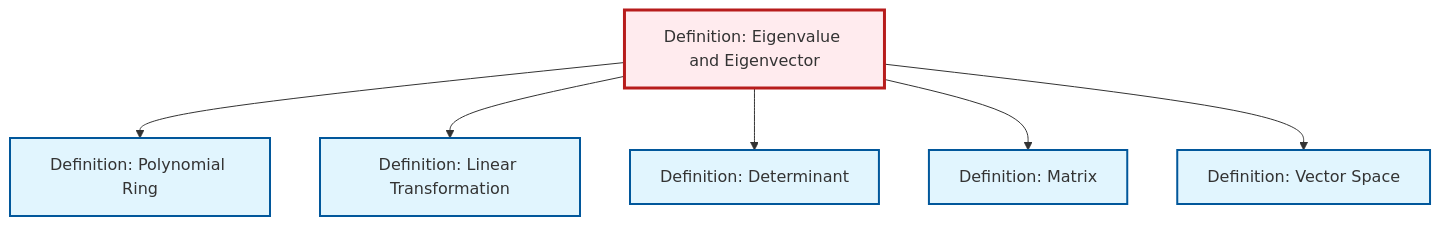
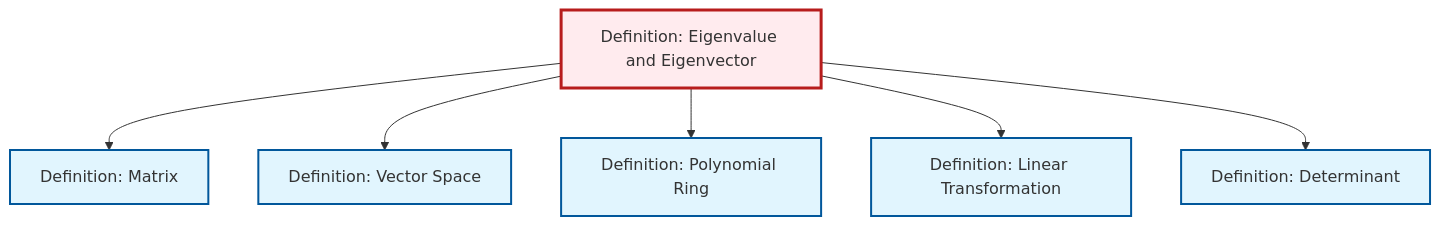
One commit to RK0429/ModernMath changed the diagram in content/ja/algebra/def-eigenvalue-eigenvector.qmd. Above: the diagram before and after it, drawn with Mermaid. The commit also changed other lines of this file and 17 other files, not shown here.

First line of the commit message:
feat: Add Hilbert space definition with comprehensive cross-references

````diff
--- a/content/ja/algebra/def-eigenvalue-eigenvector.qmd
+++ b/content/ja/algebra/def-eigenvalue-eigenvector.qmd
@@ -77,26 +77,26 @@
 ```{mermaid}
 %%| fig-cap: "Local dependency graph"
 graph TD
     classDef definition fill:#e1f5fe,stroke:#01579b,stroke-width:2px
     classDef theorem fill:#f3e5f5,stroke:#4a148c,stroke-width:2px
     classDef axiom fill:#fff3e0,stroke:#e65100,stroke-width:2px
     classDef example fill:#e8f5e9,stroke:#1b5e20,stroke-width:2px
     classDef current fill:#ffebee,stroke:#b71c1c,stroke-width:3px
     def-vector-space["Definition: Vector Space"]:::definition
-    def-linear-transformation["Definition: Linear Transformation"]:::definition
-    def-polynomial-ring["Definition: Polynomial Ring"]:::definition
     def-matrix["Definition: Matrix"]:::definition
     def-determinant["Definition: Determinant"]:::definition
     def-eigenvalue-eigenvector["Definition: Eigenvalue and Eigenvector"]:::definition
+    def-polynomial-ring["Definition: Polynomial Ring"]:::definition
+    def-linear-transformation["Definition: Linear Transformation"]:::definition
+    def-eigenvalue-eigenvector --> def-matrix
+    def-eigenvalue-eigenvector --> def-vector-space
     def-eigenvalue-eigenvector --> def-polynomial-ring
     def-eigenvalue-eigenvector --> def-linear-transformation
     def-eigenvalue-eigenvector --> def-determinant
-    def-eigenvalue-eigenvector --> def-matrix
-    def-eigenvalue-eigenvector --> def-vector-space
     class def-eigenvalue-eigenvector current
     click def-vector-space "def-vector-space.html" "Definition: Vector Spaceへ"
-    click def-linear-transformation "def-linear-transformation.html" "Definition: Linear Transformationへ"
-    click def-polynomial-ring "def-polynomial-ring.html" "Definition: Polynomial Ringへ"
     click def-matrix "def-matrix.html" "Definition: Matrixへ"
     click def-determinant "def-determinant.html" "Definition: Determinantへ"
+    click def-polynomial-ring "def-polynomial-ring.html" "Definition: Polynomial Ringへ"
+    click def-linear-transformation "def-linear-transformation.html" "Definition: Linear Transformationへ"
 ```
````
